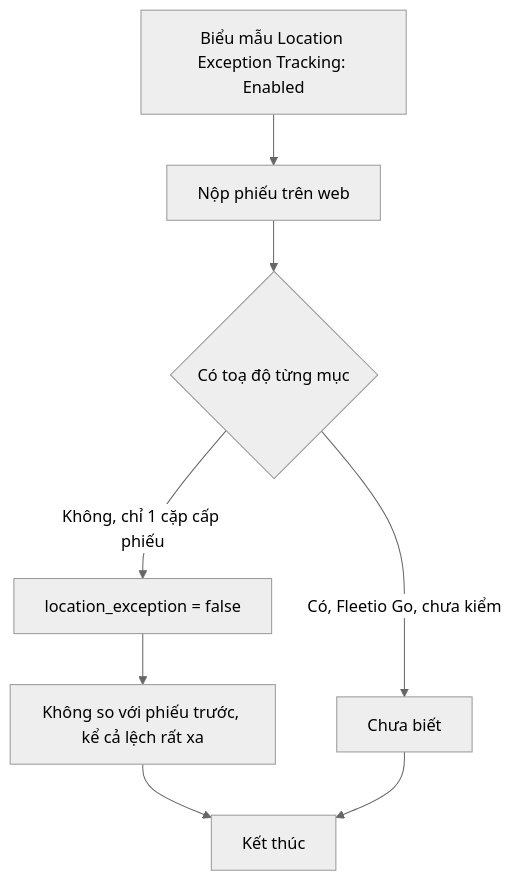
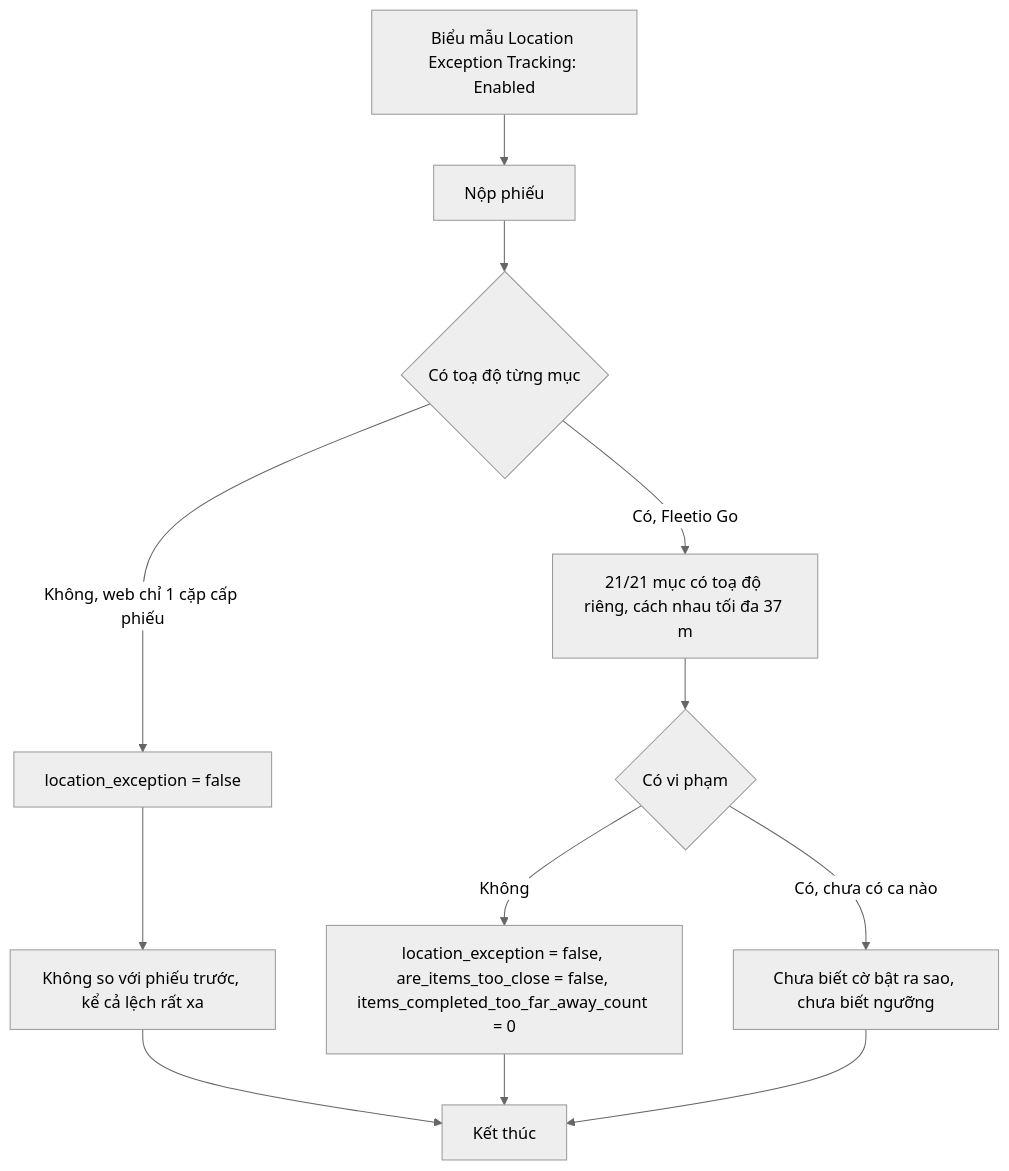
Diagram 11 of 17 in docs/_research/fleetio/srs/fleetio-location-dispatch-flows.md (szitphan/invlogis), drawn with Mermaid (neutral theme) before and after one commit. The commit also changed other lines of this file and 113 other files, not shown here.

````diff
--- a/docs/_research/fleetio/srs/fleetio-location-dispatch-flows.md
+++ b/docs/_research/fleetio/srs/fleetio-location-dispatch-flows.md
@@ -255,10 +255,14 @@
 ```mermaid
 flowchart TD
-    A["Biểu mẫu Location Exception Tracking: Enabled"] --> B["Nộp phiếu trên web"]
+    A["Biểu mẫu Location Exception Tracking: Enabled"] --> B["Nộp phiếu"]
     B --> C{"Có toạ độ từng mục"}
-    C -->|"Không, chỉ 1 cặp cấp phiếu"| D["location_exception = false"]
-    C -->|"Có, Fleetio Go, chưa kiểm"| E["Chưa biết"]
+    C -->|"Không, web chỉ 1 cặp cấp phiếu"| D["location_exception = false"]
+    C -->|"Có, Fleetio Go"| E["21/21 mục có toạ độ riêng, cách nhau tối đa 37 m"]
     D --> F["Không so với phiếu trước, kể cả lệch rất xa"]
     F --> Z["Kết thúc"]
-    E --> Z
+    E --> G{"Có vi phạm"}
+    G -->|"Không"| H["location_exception = false, are_items_too_close = false, items_completed_too_far_away_count = 0"]
+    G -->|"Có, chưa có ca nào"| I["Chưa biết cờ bật ra sao, chưa biết ngưỡng"]
+    H --> Z
+    I --> Z
 ```
````
